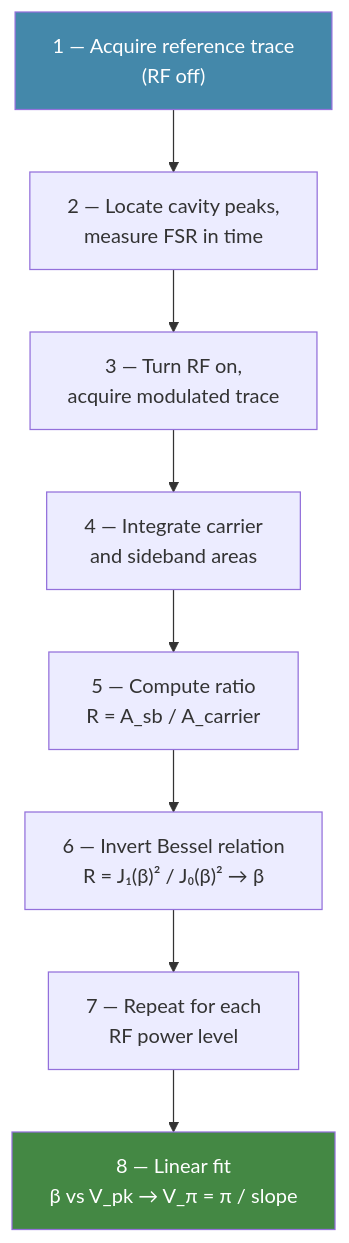
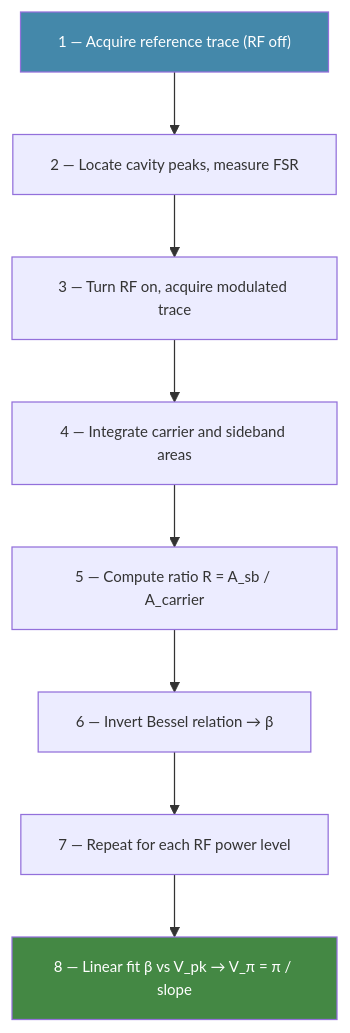
One commit to beneaze/cavityscope changed the second of 3 diagrams in README.md. Above: the diagram before and after it, drawn with Mermaid.

Commit message:
Reduce font size and shorten labels in working principle flowchart
Made-with: Cursor

````diff
--- a/README.md
+++ b/README.md
@@ -85,13 +85,18 @@
 ```mermaid
+---
+config:
+  themeVariables:
+    fontSize: 12px
+---
 flowchart TD
-    A["1 — Acquire reference trace\n(RF off)"] --> B["2 — Locate cavity peaks,\nmeasure FSR in time"]
-    B --> C["3 — Turn RF on,\nacquire modulated trace"]
-    C --> D["4 — Integrate carrier\nand sideband areas"]
-    D --> E["5 — Compute ratio\nR = A_sb / A_carrier"]
-    E --> F["6 — Invert Bessel relation\nR = J₁(β)² / J₀(β)²  →  β"]
-    F --> G["7 — Repeat for each\nRF power level"]
-    G --> H["8 — Linear fit\nβ vs V_pk  →  V_π = π / slope"]
+    A["1 — Acquire reference trace (RF off)"] --> B["2 — Locate cavity peaks, measure FSR"]
+    B --> C["3 — Turn RF on, acquire modulated trace"]
+    C --> D["4 — Integrate carrier and sideband areas"]
+    D --> E["5 — Compute ratio R = A_sb / A_carrier"]
+    E --> F["6 — Invert Bessel relation → β"]
+    F --> G["7 — Repeat for each RF power level"]
+    G --> H["8 — Linear fit β vs V_pk → V_π = π / slope"]
 
     style A fill:#48a,color:#fff
     style H fill:#484,color:#fff
 ```
````
